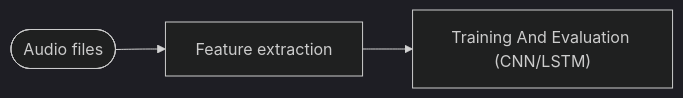
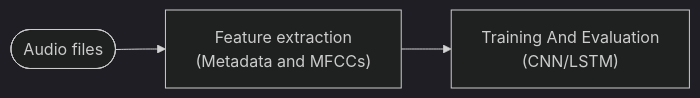
Before and after one commit to dungphys/CodeAlpha_EmotionRecognition: the first of 2 diagrams in README.md, drawn with Mermaid (dark theme). The commit also changed other lines of this file, not shown here.

````diff
--- a/README.md
+++ b/README.md
@@ -17,4 +25,4 @@
 ```mermaid
 graph LR
-    A(["Audio files"]) --> B["Feature extraction"] --> C["Training And Evaluation (CNN/LSTM)"] 
+    A(["Audio files"]) --> B["Feature extraction \n (Metadata and MFCCs)"] --> C["Training And Evaluation \n (CNN/LSTM)"] 
 ```
````
